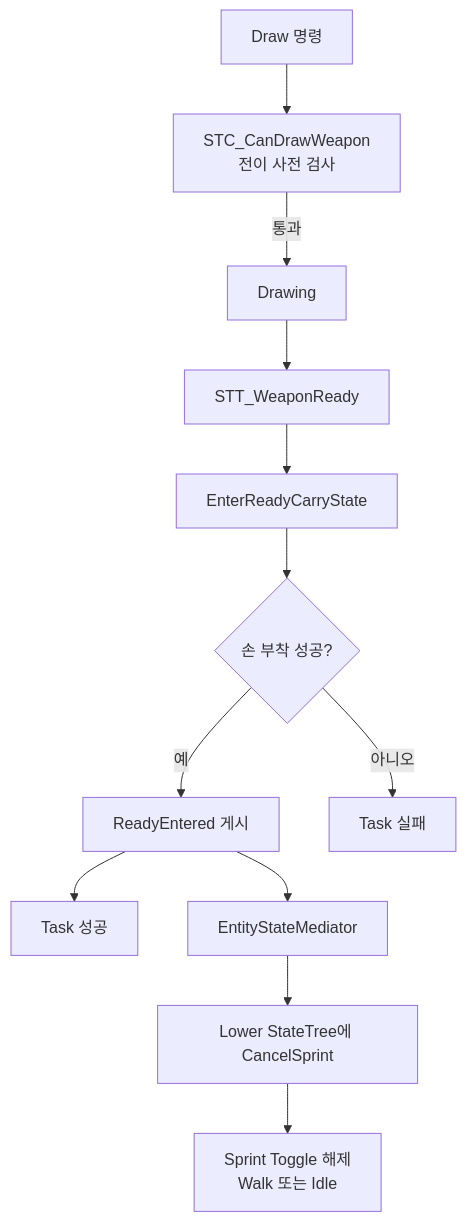
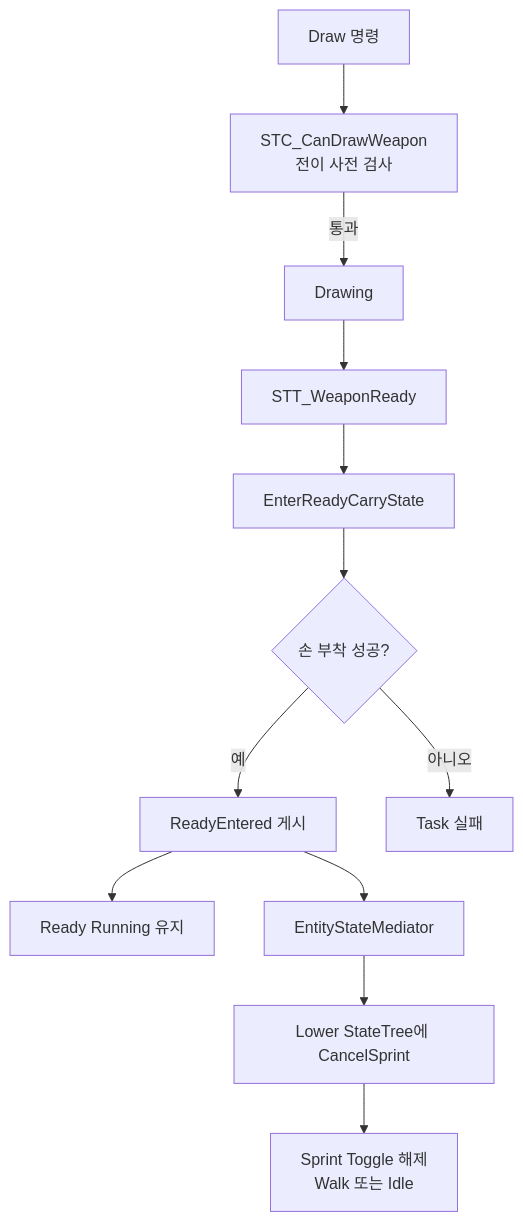
The fifth of 5 diagrams in Wiki/03_시스템 설계/WeaponComponent 기능 분리.md (liang2papa/Astra_Docs), drawn with Mermaid before and after one commit. The commit also changed other lines of this file and 38 other files, not shown here.

````diff
--- a/Wiki/03_시스템 설계/WeaponComponent 기능 분리.md
+++ b/Wiki/03_시스템 설계/WeaponComponent 기능 분리.md
@@ -238,14 +246,14 @@
 ```mermaid
 flowchart TD
     Command["Draw 명령"] --> CanDraw["STC_CanDrawWeapon<br/>전이 사전 검사"]
     CanDraw -->|통과| Drawing["Drawing"]
     Drawing --> ReadyTask["STT_WeaponReady"]
     ReadyTask --> Enter["EnterReadyCarryState"]
     Enter --> Branch{"손 부착 성공?"}
     Branch -->|예| Publish["ReadyEntered 게시"]
-    Publish --> Success["Task 성공"]
+    Publish --> Success["Ready Running 유지"]
     Branch -->|아니오| Failure["Task 실패"]
     Publish --> Mediator["EntityStateMediator"]
     Mediator --> CancelSprint["Lower StateTree에 CancelSprint"]
     CancelSprint --> WalkIdle["Sprint Toggle 해제<br/>Walk 또는 Idle"]
 ```
````
